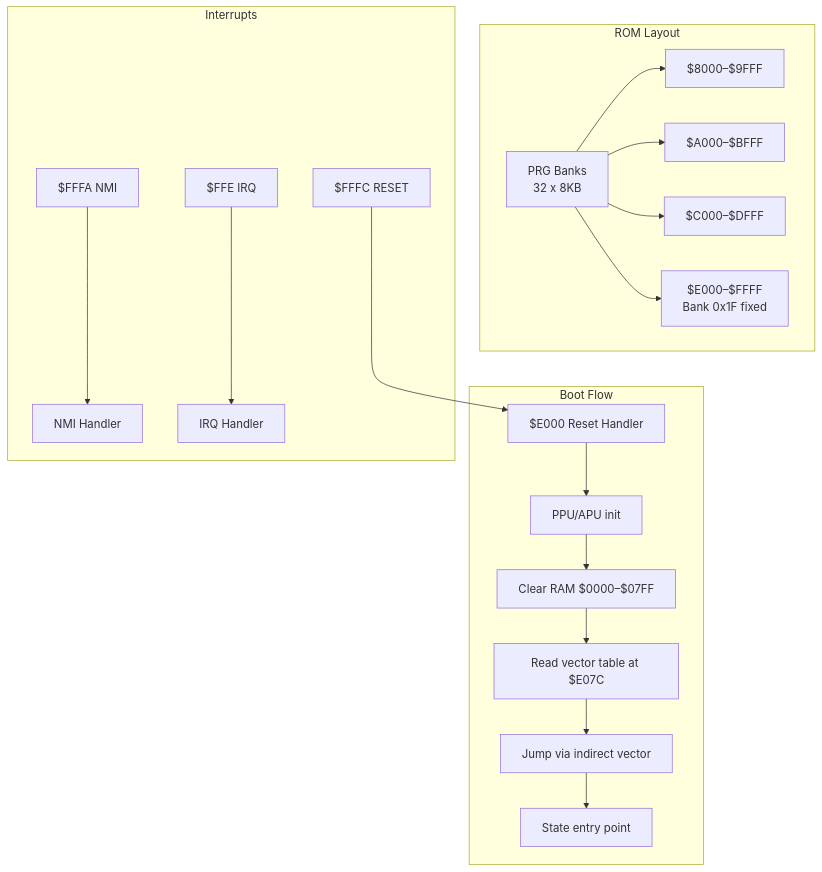
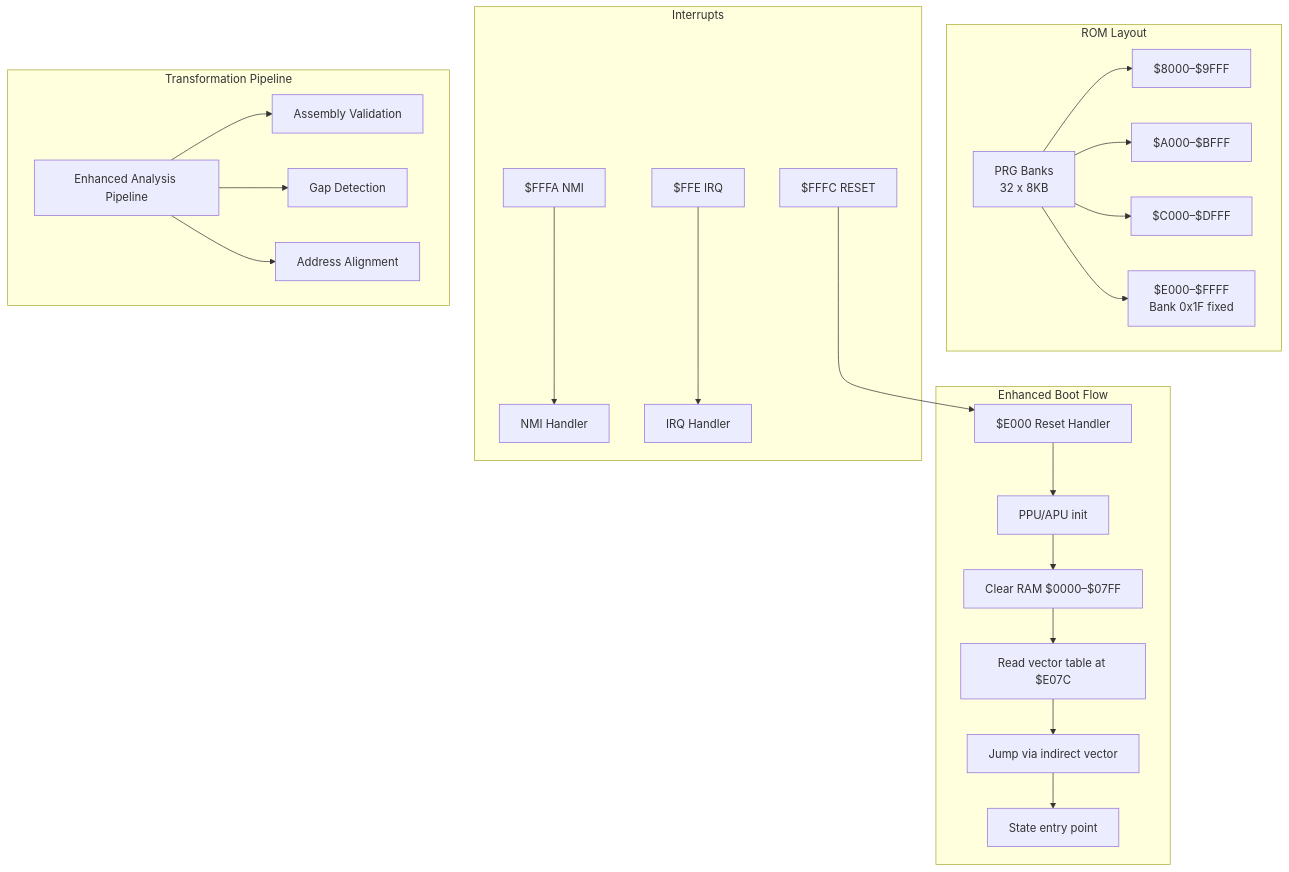
Before and after one commit to rabbyzero/sango2dasm: the second of 9 diagrams in .qoder/repowiki/en/content/ROM Analysis and Understanding/ROM Analysis and Understanding.md, drawn with Mermaid. The commit also changed other lines of this file and 8 other files, not shown here.

````diff
--- a/.qoder/repowiki/en/content/ROM Analysis and Understanding/ROM Analysis and Understanding.md
+++ b/.qoder/repowiki/en/content/ROM Analysis and Understanding/ROM Analysis and Understanding.md
@@ -103,21 +140,26 @@
 ```mermaid
 graph TB
 subgraph "ROM Layout"
 PRG["PRG Banks<br/>32 x 8KB"] --> S8["$8000–$9FFF"]
 PRG --> SA["$A000–$BFFF"]
 PRG --> SC["$C000–$DFFF"]
 PRG --> SF["$E000–$FFFF<br/>Bank 0x1F fixed"]
 end
-subgraph "Boot Flow"
+subgraph "Enhanced Boot Flow"
 RST["$E000 Reset Handler"] --> INIT["PPU/APU init"]
 INIT --> CLEAR["Clear RAM $0000–$07FF"]
 CLEAR --> VEC["Read vector table at $E07C"]
 VEC --> JUMP["Jump via indirect vector"]
 JUMP --> STATE["State entry point"]
 end
 subgraph "Interrupts"
 NMI["$FFFA NMI"] --> NH["NMI Handler"]
 RST2["$FFFC RESET"] --> RST
 IRQ["$FFE IRQ"] --> IH["IRQ Handler"]
 end
+subgraph "Transformation Pipeline"
+TRANSFORM["Enhanced Analysis Pipeline"] --> VALIDATE["Assembly Validation"]
+TRANSFORM --> GAP["Gap Detection"]
+TRANSFORM --> ALIGN["Address Alignment"]
+end
 ```
````
